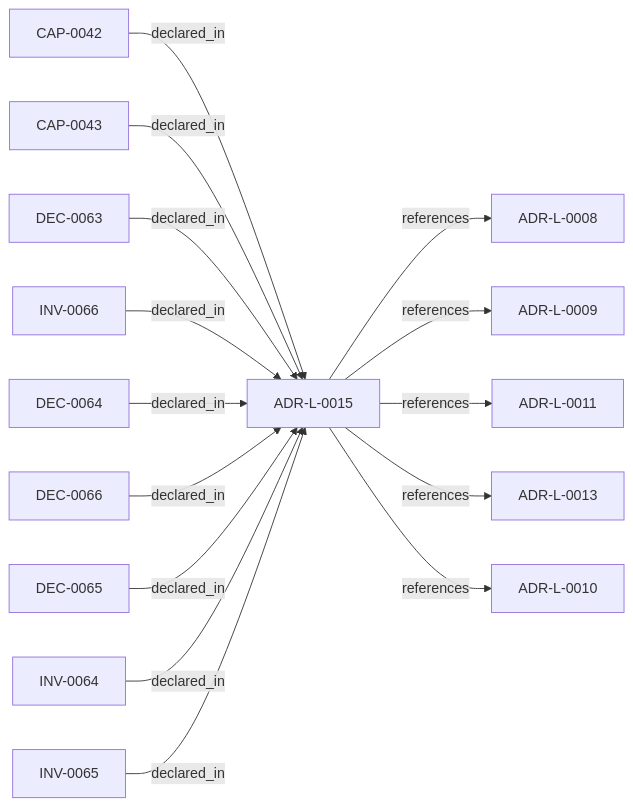
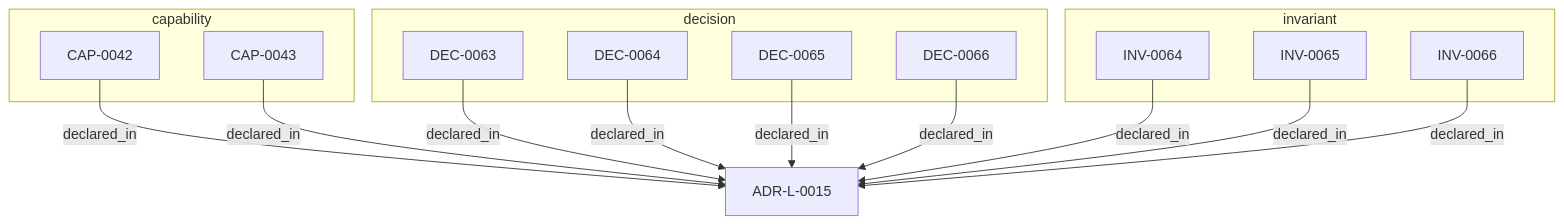
The diagram in adrs/adr-projection/logical/ADR-L-0015-adr-governance-state-and-override-semantics.md (egallmann/adr-architecture-kit), drawn with Mermaid before and after one commit. The commit also changed other lines of this file and 177 other files, not shown here.

````diff
--- a/adrs/adr-projection/logical/ADR-L-0015-adr-governance-state-and-override-semantics.md
+++ b/adrs/adr-projection/logical/ADR-L-0015-adr-governance-state-and-override-semantics.md
@@ -40,32 +66,28 @@
 ```mermaid
-flowchart LR
-  n_019fee89_e616_7066_8d2f_3acc7f469f72["ADR-L-0008"]
-  n_019fee89_e616_770c_a025_2c241a720730["ADR-L-0009"]
-  n_019fee89_e616_7b97_971d_ae165d13bf9c["ADR-L-0011"]
-  n_019fee89_e616_7c4e_953c_b7349412a784["ADR-L-0013"]
-  n_019fee89_e616_7d61_8e35_f11ba2ddd75d["ADR-L-0010"]
-  n_019fee89_e616_7ee9_9b0f_2da3ee16636b["CAP-0042"]
-  n_019fee89_e616_7f80_903e_36b6d56f86fe["CAP-0043"]
-  n_019fee89_e616_7fa2_a13f_a0bab2411ff7["DEC-0063"]
-  n_019fee89_e617_7761_9a2a_5f1cd94d2de5["INV-0066"]
-  n_019fee89_e617_77cf_a43e_5f0912b04a8a["DEC-0064"]
-  n_019fee89_e617_7aae_ac34_86b62c25289b["DEC-0066"]
-  n_019fee89_e617_7dbb_b23f_872b9ffc75d8["DEC-0065"]
+flowchart TB
   n_019fee89_e617_7e69_861a_f3040f70c2d9["ADR-L-0015"]
-  n_019fee89_e617_7ec8_b235_dda998054d7c["INV-0064"]
-  n_019fee89_e617_7f99_930b_dee9dcfa8a1f["INV-0065"]
+  subgraph sg_capability["capability"]
+    n_019fee89_e616_7ee9_9b0f_2da3ee16636b["CAP-0042"]
+    n_019fee89_e616_7f80_903e_36b6d56f86fe["CAP-0043"]
+  end
+  subgraph sg_decision["decision"]
+    n_019fee89_e616_7fa2_a13f_a0bab2411ff7["DEC-0063"]
+    n_019fee89_e617_77cf_a43e_5f0912b04a8a["DEC-0064"]
+    n_019fee89_e617_7dbb_b23f_872b9ffc75d8["DEC-0065"]
+    n_019fee89_e617_7aae_ac34_86b62c25289b["DEC-0066"]
+  end
+  subgraph sg_invariant["invariant"]
+    n_019fee89_e617_7ec8_b235_dda998054d7c["INV-0064"]
+    n_019fee89_e617_7f99_930b_dee9dcfa8a1f["INV-0065"]
+    n_019fee89_e617_7761_9a2a_5f1cd94d2de5["INV-0066"]
+  end
   n_019fee89_e616_7ee9_9b0f_2da3ee16636b -->|"declared_in"| n_019fee89_e617_7e69_861a_f3040f70c2d9
   n_019fee89_e616_7f80_903e_36b6d56f86fe -->|"declared_in"| n_019fee89_e617_7e69_861a_f3040f70c2d9
   n_019fee89_e616_7fa2_a13f_a0bab2411ff7 -->|"declared_in"| n_019fee89_e617_7e69_861a_f3040f70c2d9
   n_019fee89_e617_7761_9a2a_5f1cd94d2de5 -->|"declared_in"| n_019fee89_e617_7e69_861a_f3040f70c2d9
   n_019fee89_e617_77cf_a43e_5f0912b04a8a -->|"declared_in"| n_019fee89_e617_7e69_861a_f3040f70c2d9
   n_019fee89_e617_7aae_ac34_86b62c25289b -->|"declared_in"| n_019fee89_e617_7e69_861a_f3040f70c2d9
   n_019fee89_e617_7dbb_b23f_872b9ffc75d8 -->|"declared_in"| n_019fee89_e617_7e69_861a_f3040f70c2d9
   n_019fee89_e617_7ec8_b235_dda998054d7c -->|"declared_in"| n_019fee89_e617_7e69_861a_f3040f70c2d9
   n_019fee89_e617_7f99_930b_dee9dcfa8a1f -->|"declared_in"| n_019fee89_e617_7e69_861a_f3040f70c2d9
-  n_019fee89_e617_7e69_861a_f3040f70c2d9 -->|"references"| n_019fee89_e616_7066_8d2f_3acc7f469f72
-  n_019fee89_e617_7e69_861a_f3040f70c2d9 -->|"references"| n_019fee89_e616_770c_a025_2c241a720730
-  n_019fee89_e617_7e69_861a_f3040f70c2d9 -->|"references"| n_019fee89_e616_7b97_971d_ae165d13bf9c
-  n_019fee89_e617_7e69_861a_f3040f70c2d9 -->|"references"| n_019fee89_e616_7c4e_953c_b7349412a784
-  n_019fee89_e617_7e69_861a_f3040f70c2d9 -->|"references"| n_019fee89_e616_7d61_8e35_f11ba2ddd75d
 ```
````
